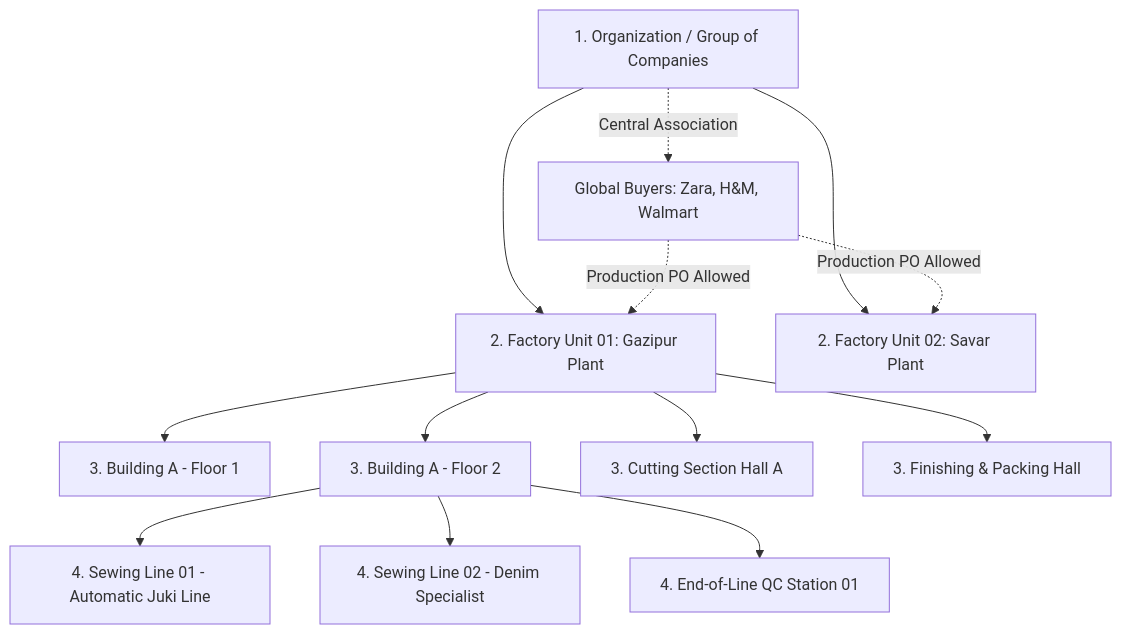
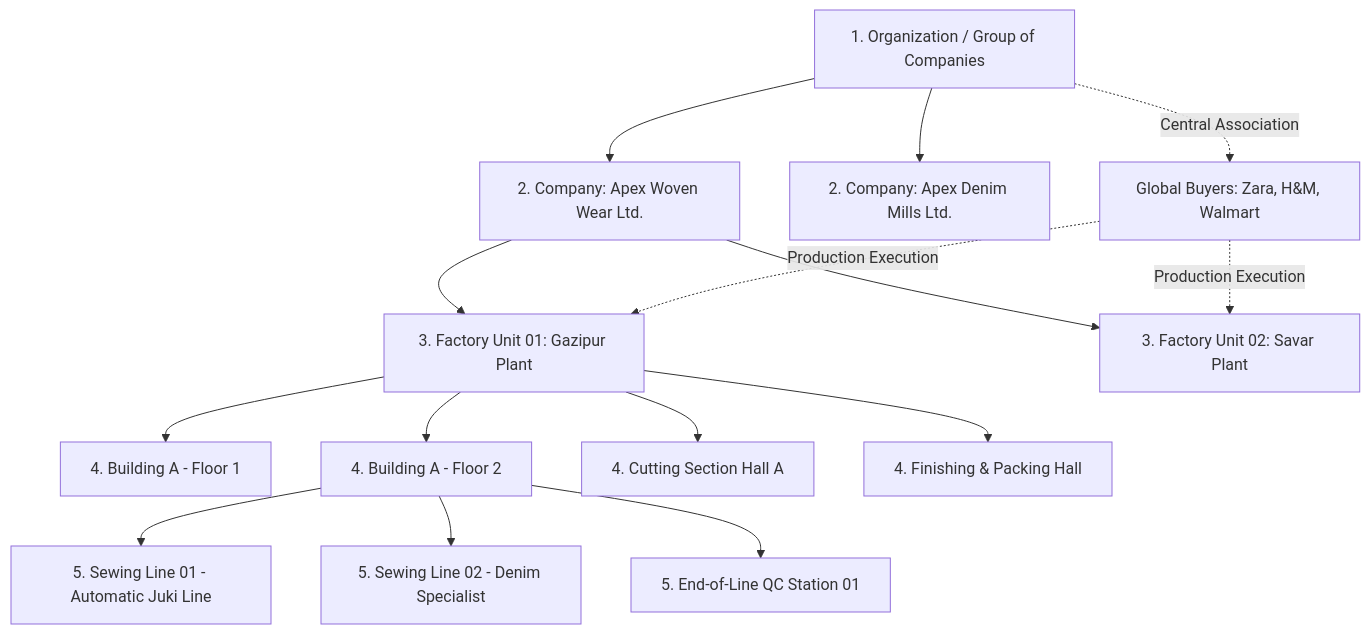
Before and after one commit to techstackbusinessbd/TraceFlow-RMG: the diagram in modules/02_Master_Data/SRS_Organization_Hierarchy_And_Multi_Unit_Setup.md, drawn with Mermaid. The commit also changed other lines of this file, not shown here.

Commit message:
docs(srs): update Organization Hierarchy SRS with 5-tier structure including Company Sister Concern level

````diff
--- a/modules/02_Master_Data/SRS_Organization_Hierarchy_And_Multi_Unit_Setup.md
+++ b/modules/02_Master_Data/SRS_Organization_Hierarchy_And_Multi_Unit_Setup.md
@@ -49,18 +51,21 @@
 ```mermaid
 graph TD
-    ORG[1. Organization / Group of Companies] --> UNIT1[2. Factory Unit 01: Gazipur Plant]
-    ORG --> UNIT2[2. Factory Unit 02: Savar Plant]
+    ORG[1. Organization / Group of Companies] --> CMP1[2. Company: Apex Woven Wear Ltd.]
+    ORG --> CMP2[2. Company: Apex Denim Mills Ltd.]
     
-    UNIT1 --> BLD1[3. Building A - Floor 1]
-    UNIT1 --> BLD2[3. Building A - Floor 2]
-    UNIT1 --> SEC_CUT[3. Cutting Section Hall A]
-    UNIT1 --> SEC_FIN[3. Finishing & Packing Hall]
+    CMP1 --> UNIT1[3. Factory Unit 01: Gazipur Plant]
+    CMP1 --> UNIT2[3. Factory Unit 02: Savar Plant]
+    
+    UNIT1 --> BLD1[4. Building A - Floor 1]
+    UNIT1 --> BLD2[4. Building A - Floor 2]
+    UNIT1 --> SEC_CUT[4. Cutting Section Hall A]
+    UNIT1 --> SEC_FIN[4. Finishing & Packing Hall]
 
-    BLD2 --> LINE1[4. Sewing Line 01 - Automatic Juki Line]
-    BLD2 --> LINE2[4. Sewing Line 02 - Denim Specialist]
-    BLD2 --> QC1[4. End-of-Line QC Station 01]
+    BLD2 --> LINE1[5. Sewing Line 01 - Automatic Juki Line]
+    BLD2 --> LINE2[5. Sewing Line 02 - Denim Specialist]
+    BLD2 --> QC1[5. End-of-Line QC Station 01]
 
     ORG -. Central Association .-> BUYER[Global Buyers: Zara, H&M, Walmart]
-    BUYER -. Production PO Allowed .-> UNIT1
-    BUYER -. Production PO Allowed .-> UNIT2
+    BUYER -. Production Execution .-> UNIT1
+    BUYER -. Production Execution .-> UNIT2
 ```
````
